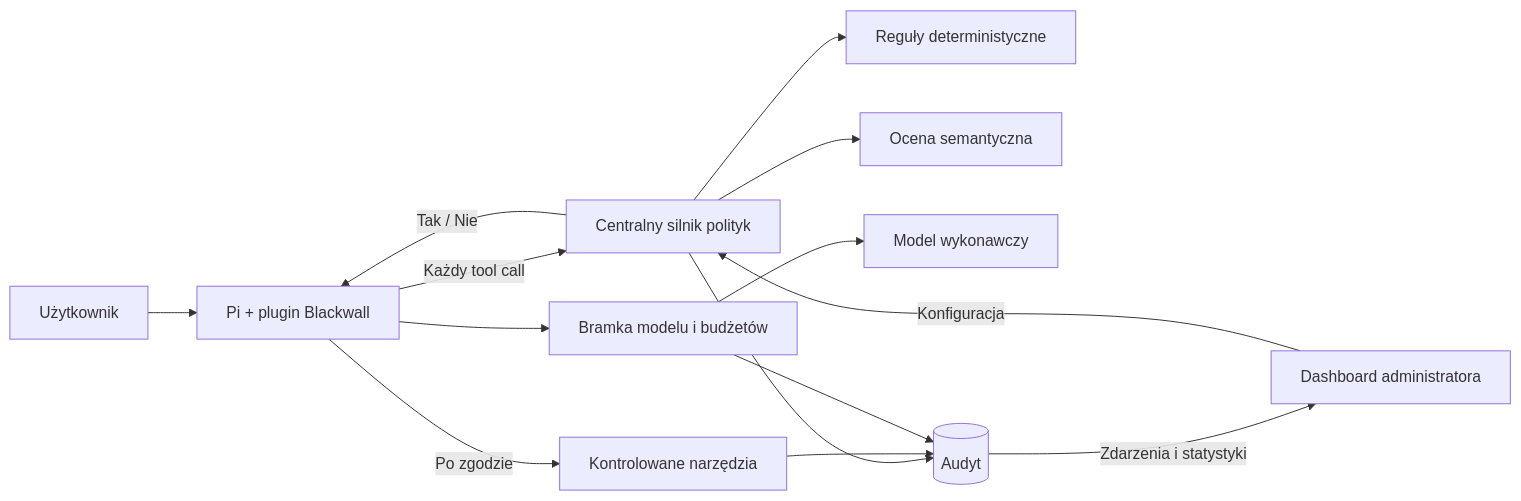
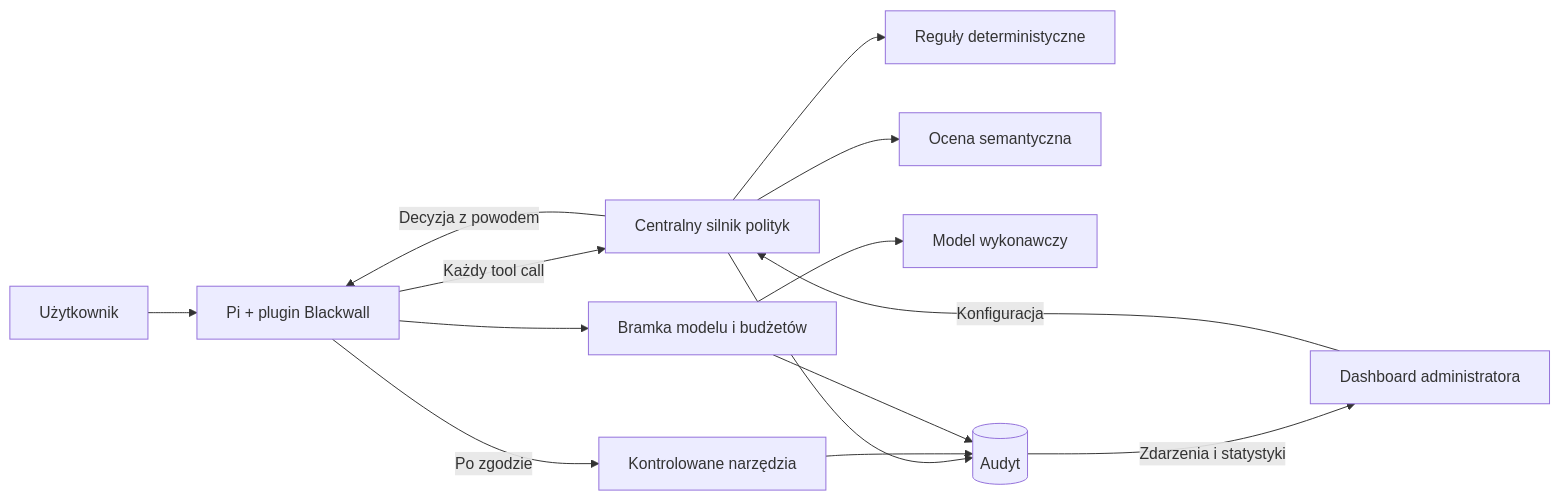
Before and after one commit to VashingMachine/hackyeah2026: the diagram in README.md, drawn with Mermaid. The commit also changed other lines of this file and 11 other files, not shown here.

Commit message:
docs: update Blackwall plan and add project website with demo flows

````diff
--- a/README.md
+++ b/README.md
@@ -32,16 +32,16 @@
 ```mermaid
 flowchart LR
     User[Użytkownik] --> Pi[Pi + plugin Blackwall]
     Pi -->|Każdy tool call| Policy[Centralny silnik polityk]
     Policy --> Rules[Reguły deterministyczne]
     Policy --> Judge[Ocena semantyczna]
-    Policy -->|Tak / Nie| Pi
+    Policy -->|Decyzja z powodem| Pi
     Pi -->|Po zgodzie| Tools[Kontrolowane narzędzia]
     Pi --> Gateway[Bramka modelu i budżetów]
     Gateway --> Model[Model wykonawczy]
     Policy --> Audit[(Audyt)]
     Tools --> Audit
     Gateway --> Audit
     Admin[Dashboard administratora] -->|Konfiguracja| Policy
     Audit -->|Zdarzenia i statystyki| Admin
 ```
````
